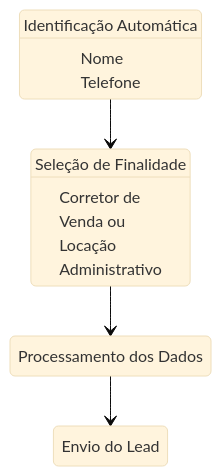
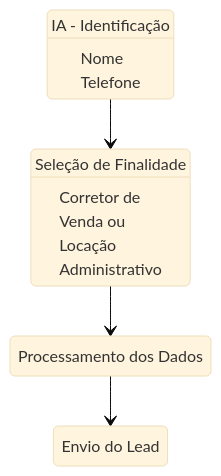
One commit to pepeleascov/cmsouza changed the first of 2 diagrams in readme.md. Above: the diagram before and after it, drawn with Mermaid (base theme).

Commit message:
Final Upd

````diff
--- a/readme.md
+++ b/readme.md
@@ -110,19 +110,19 @@
 ```mermaid
 stateDiagram
     
-    1: Identificação Automática
+    1: IA - Identificação
     1: Nome
     1: Telefone
     2: Seleção de Finalidade
     2: Corretor de
     2: Venda ou
     2: Locação
     2: Administrativo
     3: Processamento dos Dados
     4: Envio do Lead
     direction tb
     
     1 --> 2
     2 --> 3
     3 --> 4
 ```
````
